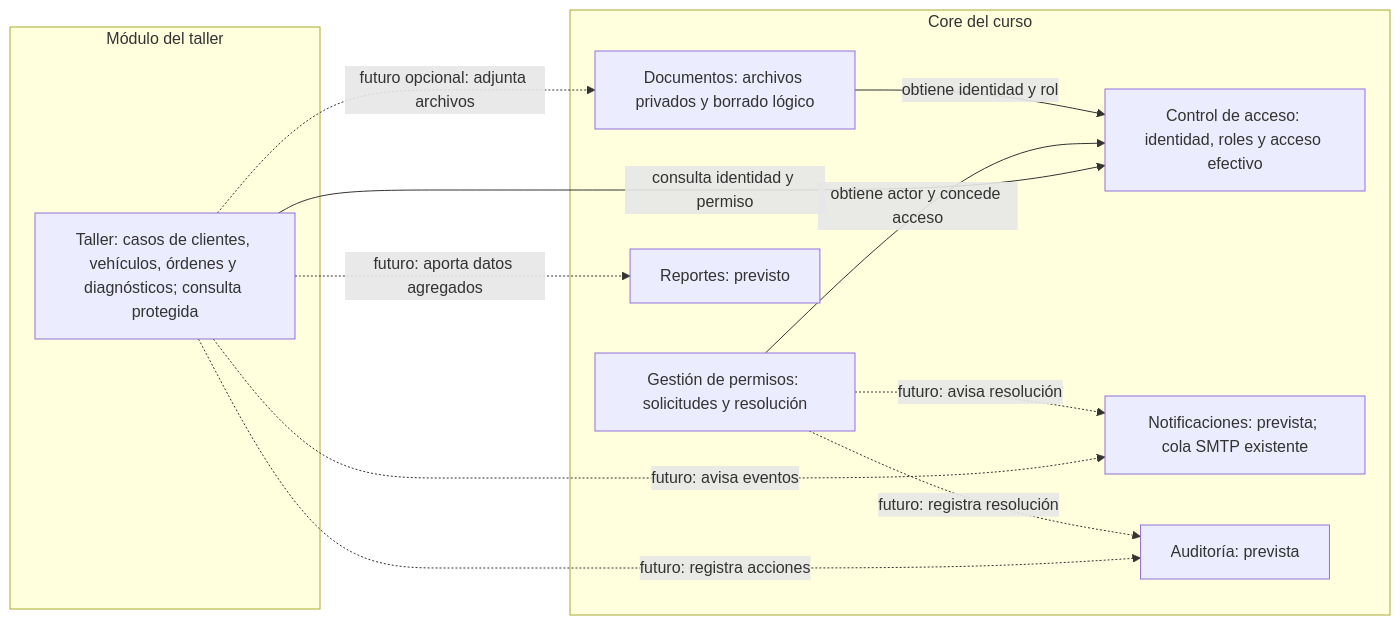
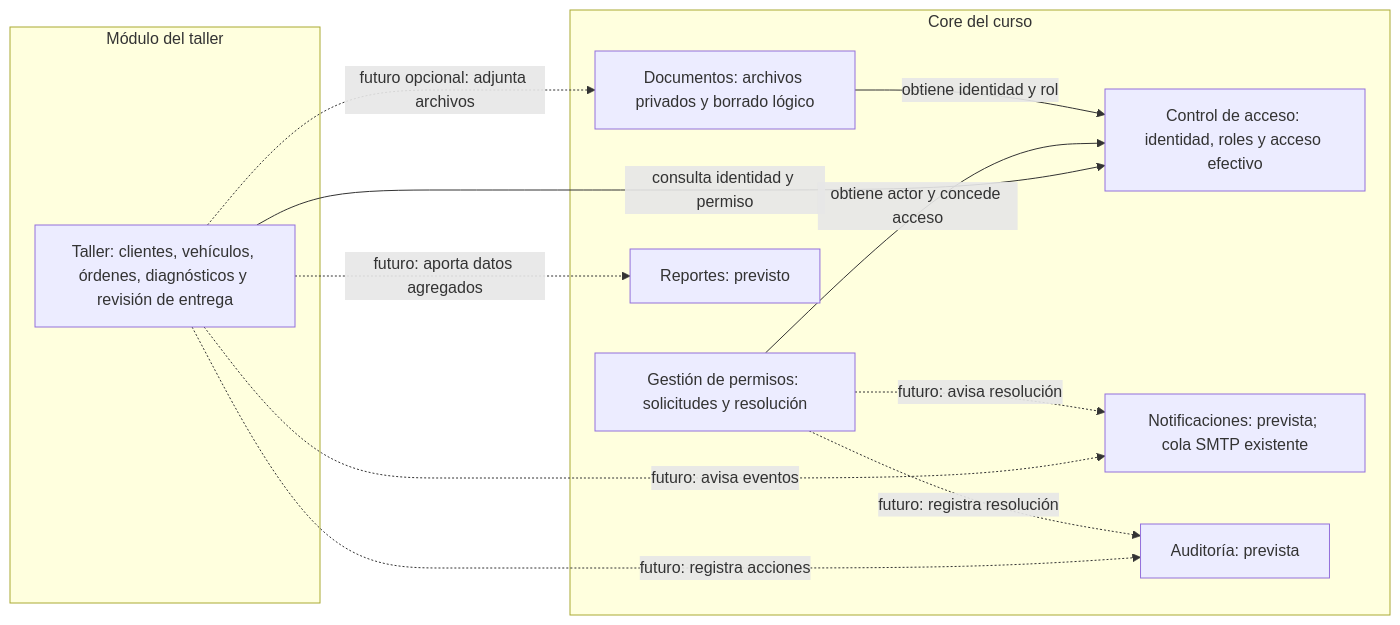
Before and after one commit to maxwelkn/TallerOs: the second of 2 diagrams in README.md, drawn with Mermaid. The commit also changed other lines of this file, not shown here.

````diff
--- a/README.md
+++ b/README.md
@@ -262,23 +295,23 @@
 ```mermaid
 flowchart LR
     subgraph Core[Core del curso]
         Acceso[Control de acceso: identidad, roles y acceso efectivo]
         Permisos[Gestión de permisos: solicitudes y resolución]
         Notificaciones[Notificaciones: prevista; cola SMTP existente]
         Documentos[Documentos: archivos privados y borrado lógico]
         Reportes[Reportes: previsto]
         Auditoria[Auditoría: prevista]
     end
     subgraph Negocio[Módulo del taller]
-        Taller[Taller: casos de clientes, vehículos, órdenes y diagnósticos; consulta protegida]
+        Taller[Taller: clientes, vehículos, órdenes, diagnósticos y revisión de entrega]
     end
     Taller -->|consulta identidad y permiso| Acceso
     Permisos -->|obtiene actor y concede acceso| Acceso
     Documentos -->|obtiene identidad y rol| Acceso
     Taller -.->|futuro: avisa eventos| Notificaciones
     Taller -.->|futuro opcional: adjunta archivos| Documentos
     Taller -.->|futuro: aporta datos agregados| Reportes
     Taller -.->|futuro: registra acciones| Auditoria
     Permisos -.->|futuro: avisa resolución| Notificaciones
     Permisos -.->|futuro: registra resolución| Auditoria
 ```
````
